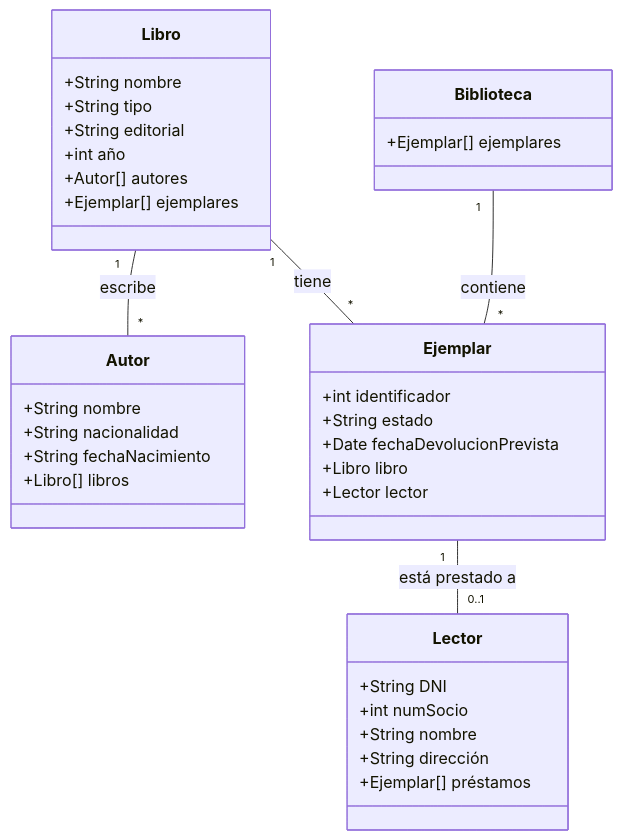
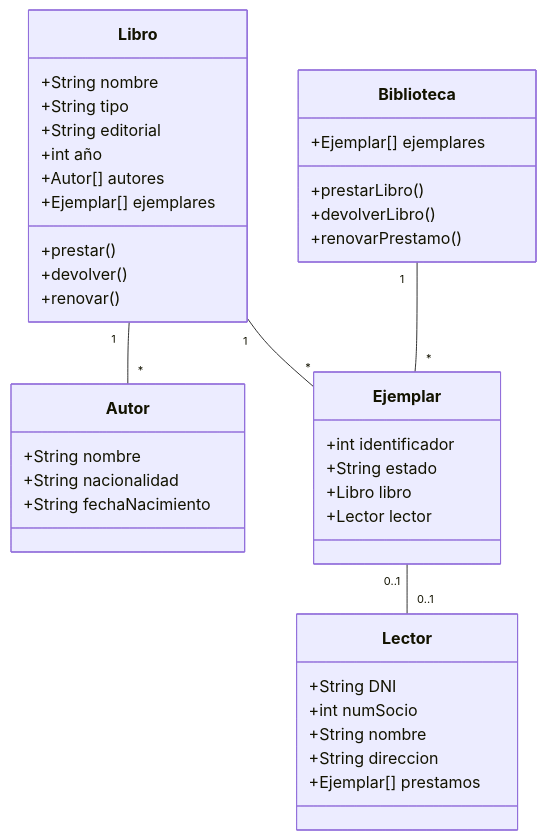
One commit to mmp3065/DiagramaRel changed the diagram in diagrama.md. Above: the diagram before and after it, drawn with Mermaid.

````diff
--- a/diagrama.md
+++ b/diagrama.md
@@ -1,39 +1,48 @@
 ```mermaid
-   classDiagram
-    class Libro{
-      +String nombre
-      +String tipo
-      +String editorial
-      +int año
-      +Autor[] autores
-      +Ejemplar[] ejemplares
+classDiagram
+    class Libro {
+        +String nombre
+        +String tipo
+        +String editorial
+        +int año
+        +Autor[] autores
+        +Ejemplar[] ejemplares
+        +prestar()
+        +devolver()
+        +renovar()
     }
-    class Biblioteca{
+
+    class Biblioteca {
         +Ejemplar[] ejemplares
+        +prestarLibro()
+        +devolverLibro()
+        +renovarPrestamo()
     }
-    class Autor{
-      +String nombre
-      +String nacionalidad
-      +String fechaNacimiento
-      +Libro[] libros
+
+    class Autor {
+        +String nombre
+        +String nacionalidad
+        +String fechaNacimiento
     }
-    class Ejemplar{
+
+    class Ejemplar {
         +int identificador
         +String estado
-        +Date fechaDevolucionPrevista
         +Libro libro
         +Lector lector
     }
-    class Lector{
+
+    class Lector {
         +String DNI
         +int numSocio
         +String nombre
-        +String dirección 
-        +Ejemplar[] préstamos
+        +String direccion
+        +Ejemplar[] prestamos
     }
 
-    Libro "1" -- "*" Autor : escribe
-    Libro "1" -- "*" Ejemplar : tiene
-    Biblioteca "1" -- "*" Ejemplar : contiene
-    Ejemplar "1" -- "0..1" Lector : está prestado a
+    Libro "1" -- "*" Autor
+    Libro "1" -- "*" Ejemplar
+    Biblioteca "1" -- "*" Ejemplar
+    Ejemplar "0..1" -- "0..1" Lector
+
 ```
````
